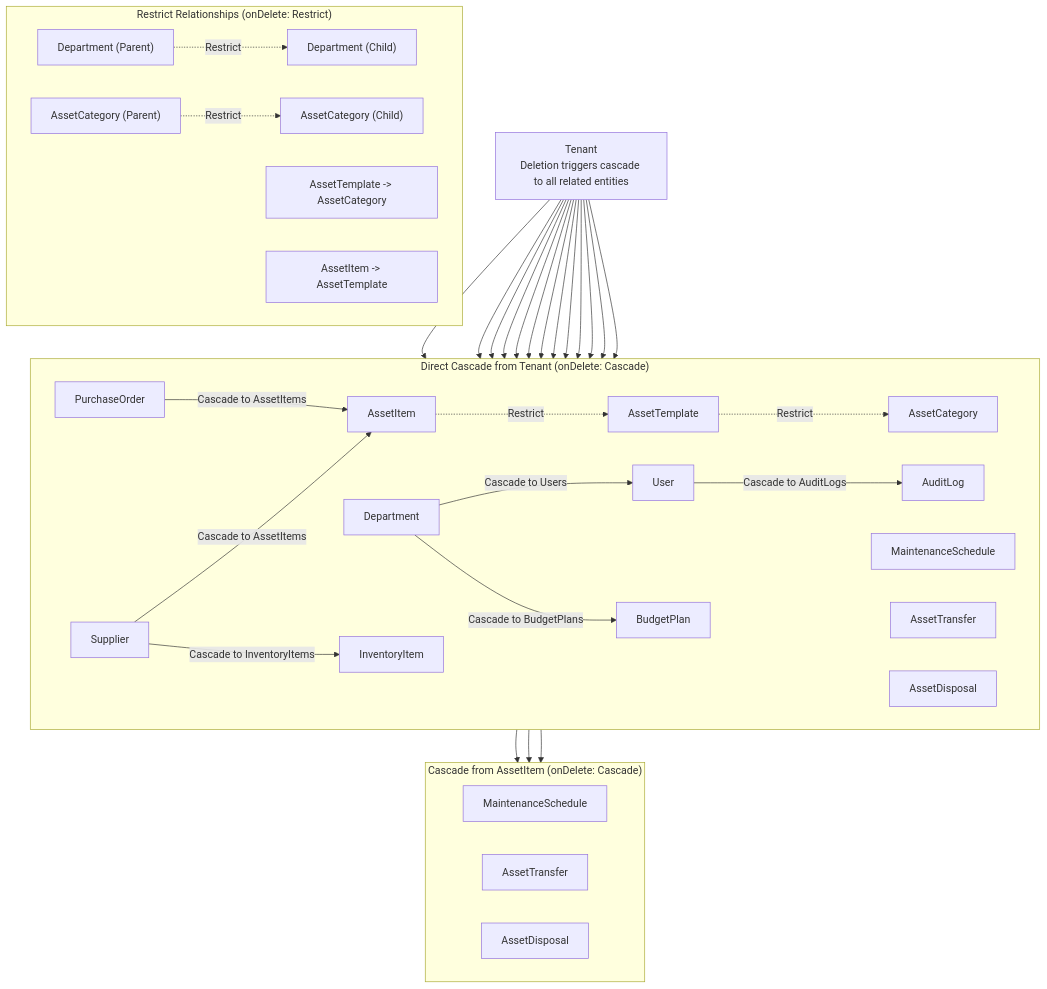
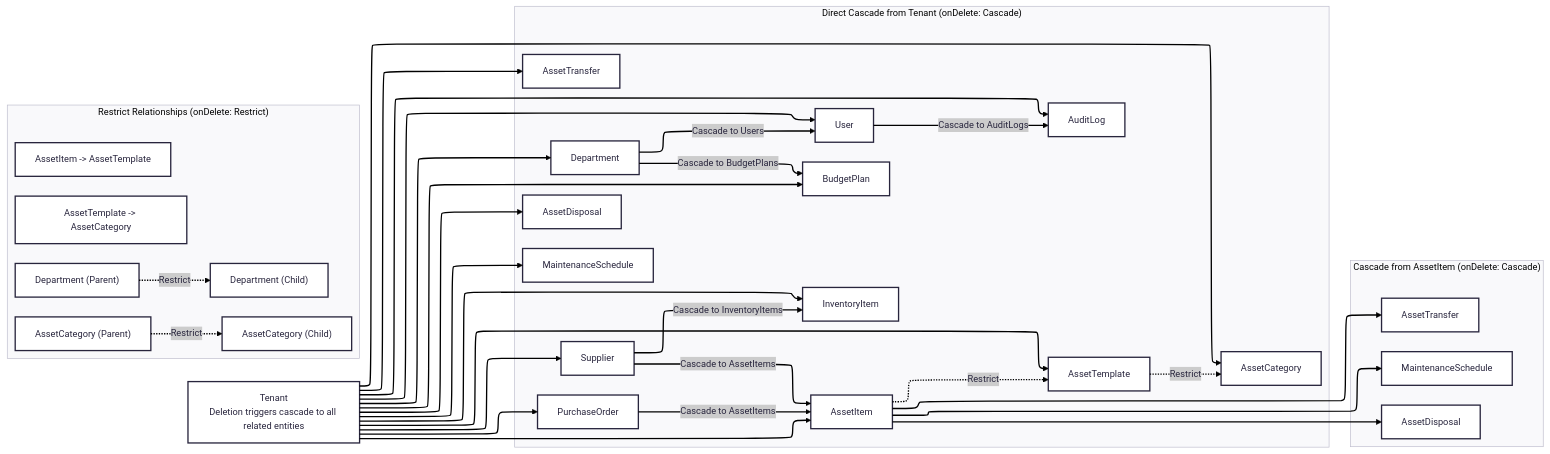
One commit to philongdanh/asset-manager changed the first of 2 diagrams in docs/architecture/05-cascade-rules.md. Above: the diagram before and after it, drawn with Mermaid. The commit also changed other lines of this file and 9 other files, not shown here.

````diff
--- a/docs/architecture/05-cascade-rules.md
+++ b/docs/architecture/05-cascade-rules.md
@@ -3,17 +3,14 @@
 ```mermaid
-flowchart TD
-    %% ========================================================
-    %% CENTRAL TENANT NODE
-    %% ========================================================
-    
-    Tenant["Tenant<br>Deletion triggers cascade to all related entities"]
-    
-    %% ========================================================
-    %% IMMEDIATE CASCADE CHILDREN OF TENANT
-    %% ========================================================
-    
-    subgraph "Direct Cascade from Tenant (onDelete: Cascade)"
-        direction LR
+---
+config:
+  theme: redux
+  layout: elk
+  themeVariables:
+    fontFamily: EB Garamond
+---
+flowchart LR
+ subgraph subGraph0["Direct Cascade from Tenant (onDelete: Cascade)"]
+    direction LR
         Department["Department"]
         User["User"]
         AssetCategory["AssetCategory"]
@@ -27,73 +24,32 @@
         AssetDisposal["AssetDisposal"]
         BudgetPlan["BudgetPlan"]
         AuditLog["AuditLog"]
-    end
-    
-    %% ========================================================
-    %% CASCADE RELATIONSHIPS FROM TENANT
-    %% ========================================================
-    
-    Tenant --> Department
-    Tenant --> User
-    Tenant --> AssetCategory
-    Tenant --> AssetTemplate
-    Tenant --> AssetItem
-    Tenant --> InventoryItem
-    Tenant --> Supplier
-    Tenant --> PurchaseOrder
-    Tenant --> MaintenanceSchedule
-    Tenant --> AssetTransfer
-    Tenant --> AssetDisposal
-    Tenant --> BudgetPlan
-    Tenant --> AuditLog
-    
-    %% ========================================================
-    %% RESTRICT RELATIONSHIPS (Prevent deletion)
-    %% ========================================================
-    
-    subgraph "Restrict Relationships (onDelete: Restrict)"
-        direction LR
+  end
+ subgraph subGraph1["Restrict Relationships (onDelete: Restrict)"]
+    direction LR
         DepartmentParent["Department (Parent)"]
         DepartmentChild["Department (Child)"]
         CategoryParent["AssetCategory (Parent)"]
         CategoryChild["AssetCategory (Child)"]
         TemplateCategory["AssetTemplate -> AssetCategory"]
         ItemTemplate["AssetItem -> AssetTemplate"]
-    end
-    
-    DepartmentParent -.->|"Restrict"| DepartmentChild
-    CategoryParent -.->|"Restrict"| CategoryChild
-    AssetTemplate -.->|"Restrict"| AssetCategory
-    AssetItem -.->|"Restrict"| AssetTemplate
-    
-    %% ========================================================
-    %% CASCADE FROM ASSET ITEM
-    %% ========================================================
-    
-    subgraph "Cascade from AssetItem (onDelete: Cascade)"
-        direction LR
+  end
+ subgraph subGraph2["Cascade from AssetItem (onDelete: Cascade)"]
+    direction LR
         Maintenance["MaintenanceSchedule"]
         Transfer["AssetTransfer"]
         Disposal["AssetDisposal"]
-    end
-    
-    AssetItem --> Maintenance
-    AssetItem --> Transfer
-    AssetItem --> Disposal
-    
-    %% ========================================================
-    %% CASCADE FROM DEPARTMENT
-    %% ========================================================
-    
-    Department -->|"Cascade to Users"| User
-    Department -->|"Cascade to BudgetPlans"| BudgetPlan
-    
-    %% ========================================================
-    %% CASCADE FROM OTHER ENTITIES
-    %% ========================================================
-    
-    User -->|"Cascade to AuditLogs"| AuditLog
-    Supplier -->|"Cascade to AssetItems"| AssetItem
-    Supplier -->|"Cascade to InventoryItems"| InventoryItem
-    PurchaseOrder -->|"Cascade to AssetItems"| AssetItem
+  end
+    Tenant["Tenant<br>Deletion triggers cascade to all related entities"] --> Department & User & AssetCategory & AssetTemplate & AssetItem & InventoryItem & Supplier & PurchaseOrder & MaintenanceSchedule & AssetTransfer & AssetDisposal & BudgetPlan & AuditLog
+    DepartmentParent -. Restrict .-> DepartmentChild
+    CategoryParent -. Restrict .-> CategoryChild
+    AssetTemplate -. Restrict .-> AssetCategory
+    AssetItem -. Restrict .-> AssetTemplate
+    AssetItem --> Maintenance & Transfer & Disposal
+    Department -- Cascade to Users --> User
+    Department -- Cascade to BudgetPlans --> BudgetPlan
+    User -- Cascade to AuditLogs --> AuditLog
+    Supplier -- Cascade to AssetItems --> AssetItem
+    Supplier -- Cascade to InventoryItems --> InventoryItem
+    PurchaseOrder -- Cascade to AssetItems --> AssetItem
 ```
````
